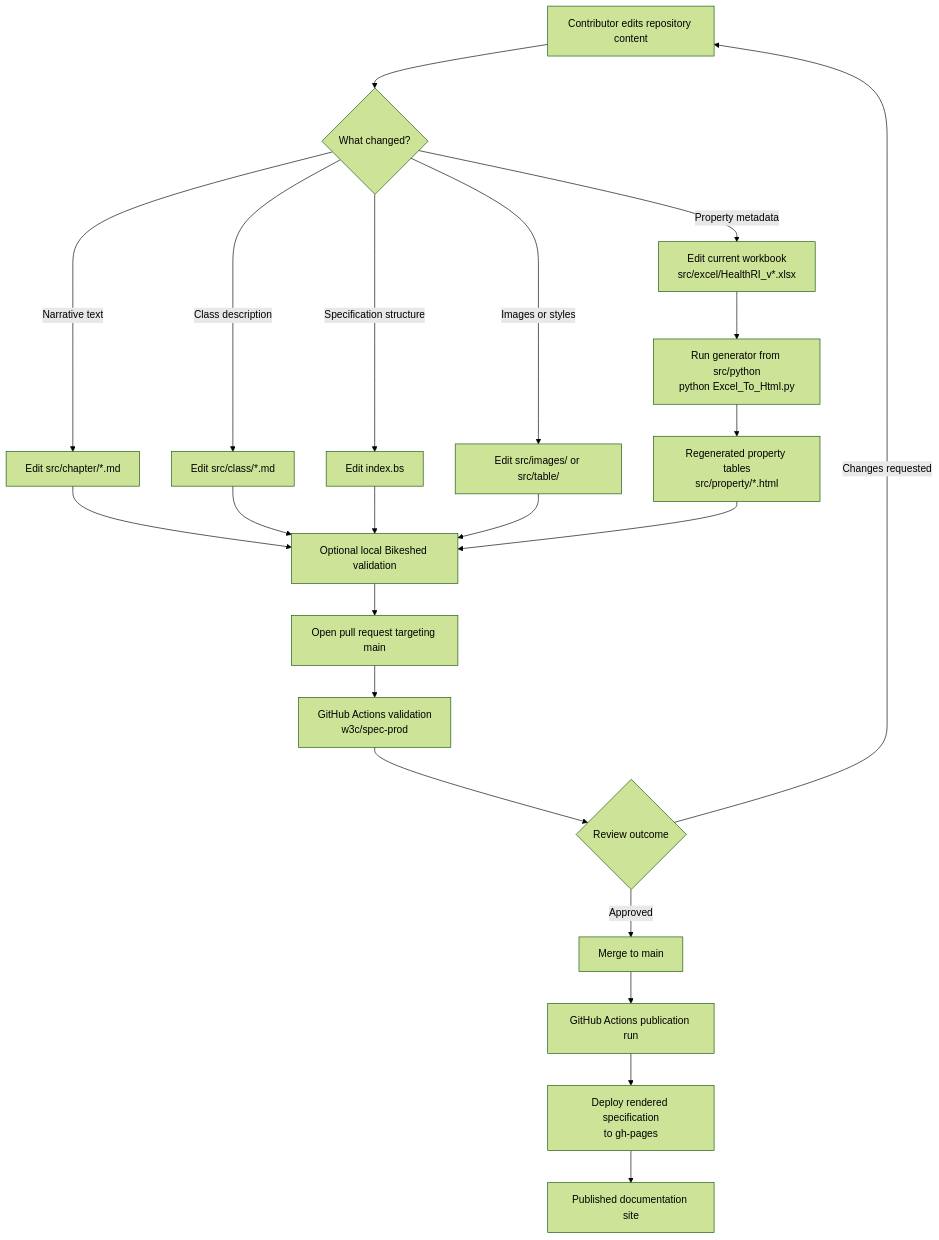
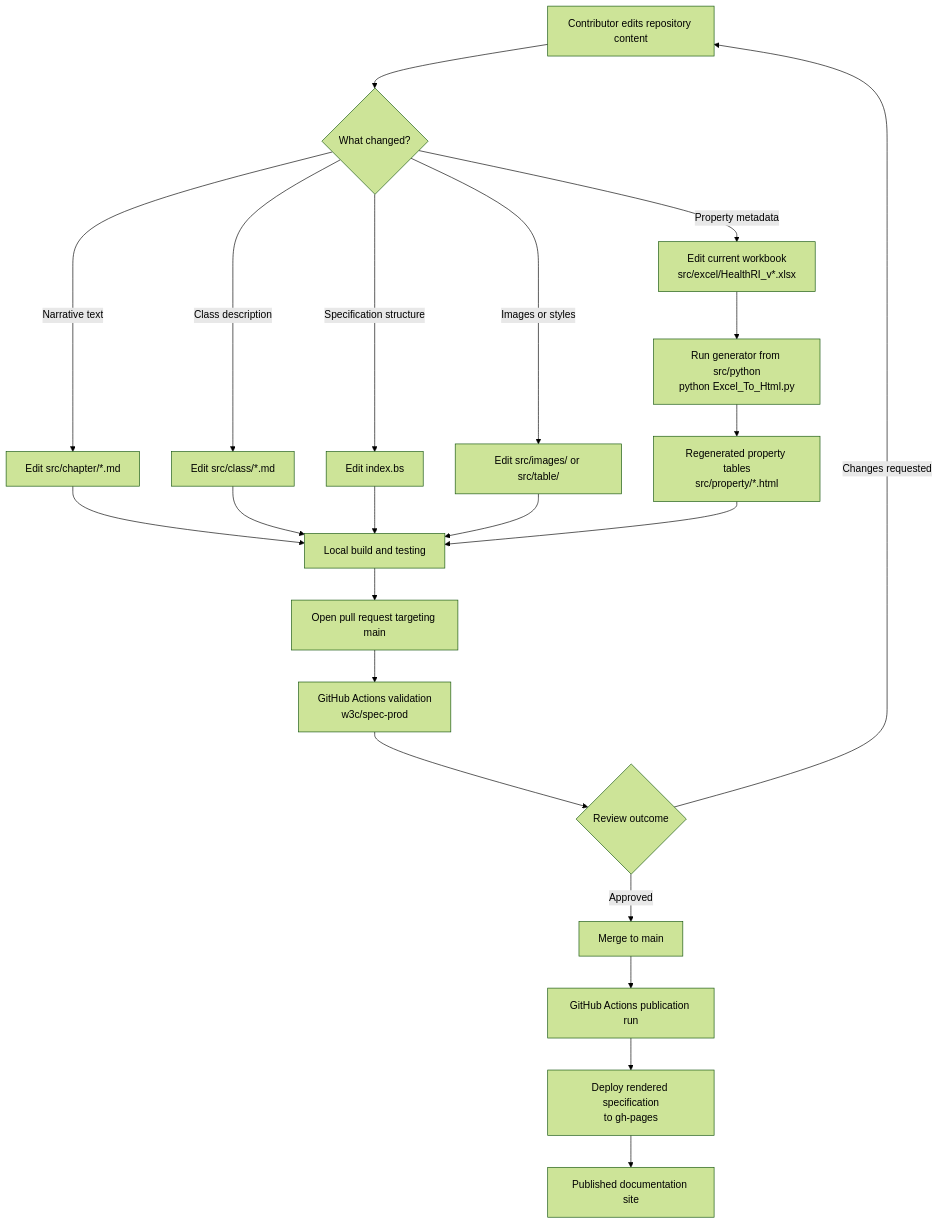
The first of 2 diagrams in README.md (Health-RI/metadata-documentation), drawn with Mermaid (forest theme) before and after one commit. The commit also changed other lines of this file and 1 other file, not shown here.

````diff
--- a/README.md
+++ b/README.md
@@ -91,32 +99,32 @@
 ```mermaid
 flowchart TD
     start["Contributor edits repository content"]
 
     start --> changeType{"What changed?"}
 
     changeType -->|"Narrative text"| chapters["Edit src/chapter/*.md"]
     changeType -->|"Class description"| classes["Edit src/class/*.md"]
     changeType -->|"Specification structure"| bikeshed["Edit index.bs"]
     changeType -->|"Property metadata"| workbook["Edit current workbook<br/>src/excel/HealthRI_v*.xlsx"]
     changeType -->|"Images or styles"| assets["Edit src/images/ or src/table/"]
 
     workbook --> generator["Run generator from src/python<br/>python Excel_To_Html.py"]
     generator --> generatedTables["Regenerated property tables<br/>src/property/*.html"]
 
-    chapters --> validate["Optional local Bikeshed validation"]
+    chapters --> validate["Local build and testing"]
     classes --> validate
     bikeshed --> validate
     assets --> validate
     generatedTables --> validate
 
     validate --> pr["Open pull request targeting main"]
     pr --> ciPr["GitHub Actions validation<br/>w3c/spec-prod"]
 
     ciPr --> review{"Review outcome"}
     review -->|"Changes requested"| start
     review -->|"Approved"| main["Merge to main"]
 
     main --> ciMain["GitHub Actions publication run"]
     ciMain --> ghpages["Deploy rendered specification<br/>to gh-pages"]
     ghpages --> site["Published documentation site"]
 ```
````
